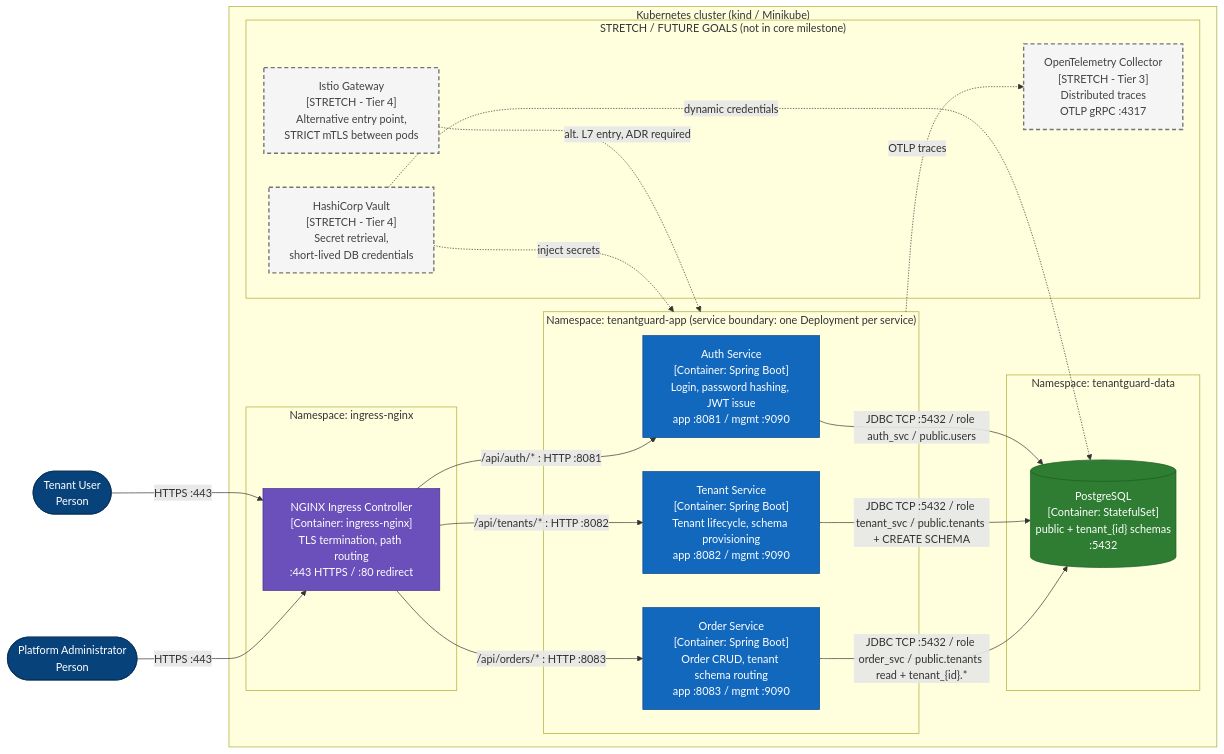
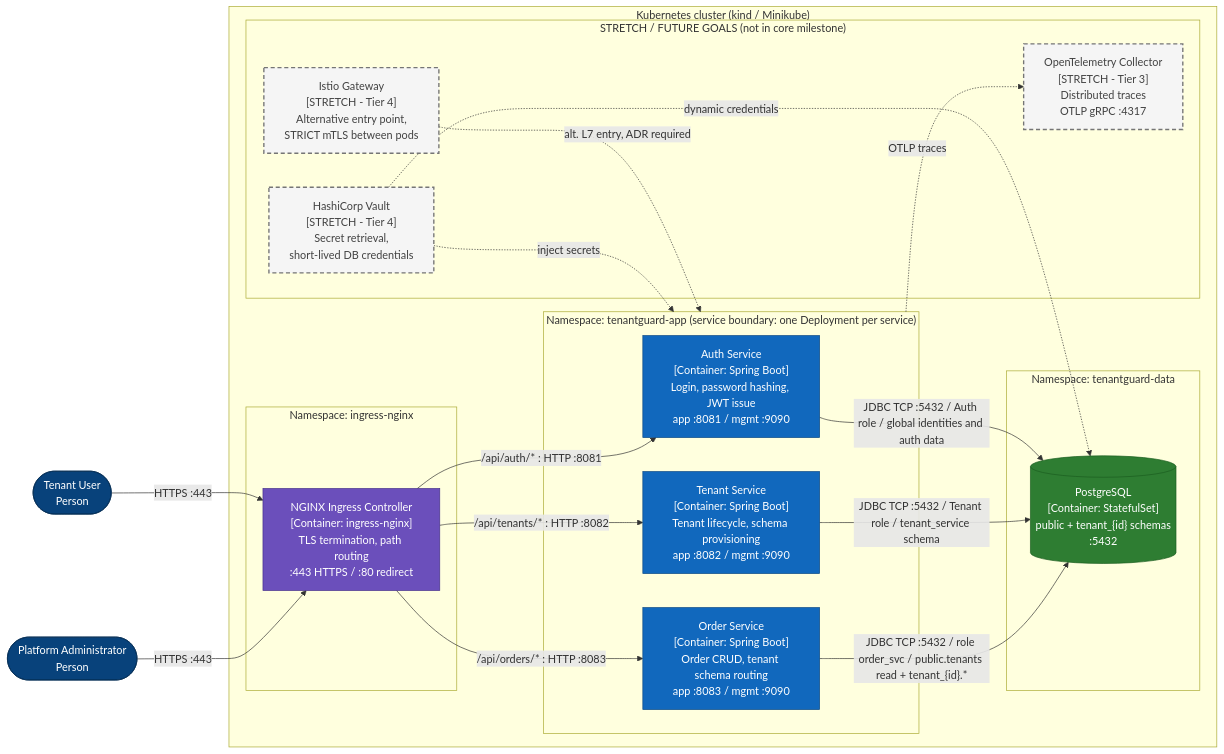
Before and after one commit to NguyenLeDaiPhi/Tenant-Guard: the second of 9 diagrams in docs/architecture/TenantGuard_OMS_Mermaid_Diagrams.md, drawn with Mermaid. The commit also changed other lines of this file and 146 other files, not shown here.

Commit message:
feature: Create tenant service and modify auth service.

````diff
--- a/docs/architecture/TenantGuard_OMS_Mermaid_Diagrams.md
+++ b/docs/architecture/TenantGuard_OMS_Mermaid_Diagrams.md
@@ -27,49 +29,49 @@
 ```mermaid
 flowchart LR
   classDef actor fill:#08427b,stroke:#052e56,color:#ffffff
   classDef edge fill:#6b4fbb,stroke:#45308a,color:#ffffff
   classDef svc fill:#1168bd,stroke:#0b4884,color:#ffffff
   classDef db fill:#2e7d32,stroke:#1b5e20,color:#ffffff
   classDef stretch fill:#f5f5f5,stroke:#757575,stroke-width:2px,stroke-dasharray:6 4,color:#424242
 
   TU(["Tenant User<br/>Person"]):::actor
   PA(["Platform Administrator<br/>Person"]):::actor
 
   subgraph K8S["Kubernetes cluster (kind / Minikube)"]
     subgraph NS_ING["Namespace: ingress-nginx"]
       NGINX["NGINX Ingress Controller<br/>[Container: ingress-nginx]<br/>TLS termination, path routing<br/>:443 HTTPS / :80 redirect"]:::edge
     end
 
     subgraph NS_APP["Namespace: tenantguard-app (service boundary: one Deployment per service)"]
       AUTH["Auth Service<br/>[Container: Spring Boot]<br/>Login, password hashing, JWT issue<br/>app :8081 / mgmt :9090"]:::svc
       TEN["Tenant Service<br/>[Container: Spring Boot]<br/>Tenant lifecycle, schema provisioning<br/>app :8082 / mgmt :9090"]:::svc
       ORD["Order Service<br/>[Container: Spring Boot]<br/>Order CRUD, tenant schema routing<br/>app :8083 / mgmt :9090"]:::svc
     end
 
     subgraph NS_DATA["Namespace: tenantguard-data"]
       PG[("PostgreSQL<br/>[Container: StatefulSet]<br/>public + tenant_{id} schemas<br/>:5432")]:::db
     end
 
     subgraph STRETCH["STRETCH / FUTURE GOALS (not in core milestone)"]
       ISTIO["Istio Gateway<br/>[STRETCH - Tier 4]<br/>Alternative entry point,<br/>STRICT mTLS between pods"]:::stretch
       VAULT["HashiCorp Vault<br/>[STRETCH - Tier 4]<br/>Secret retrieval,<br/>short-lived DB credentials"]:::stretch
       OTEL["OpenTelemetry Collector<br/>[STRETCH - Tier 3]<br/>Distributed traces<br/>OTLP gRPC :4317"]:::stretch
     end
   end
 
   TU -->|"HTTPS :443"| NGINX
   PA -->|"HTTPS :443"| NGINX
 
   NGINX -->|"/api/auth/* : HTTP :8081"| AUTH
   NGINX -->|"/api/tenants/* : HTTP :8082"| TEN
   NGINX -->|"/api/orders/* : HTTP :8083"| ORD
 
-  AUTH -->|"JDBC TCP :5432 / role auth_svc / public.users"| PG
-  TEN -->|"JDBC TCP :5432 / role tenant_svc / public.tenants + CREATE SCHEMA"| PG
+  AUTH -->|"JDBC TCP :5432 / Auth role / global identities and auth data"| PG
+  TEN -->|"JDBC TCP :5432 / Tenant role / tenant_service schema"| PG
   ORD -->|"JDBC TCP :5432 / role order_svc / public.tenants read + tenant_{id}.*"| PG
 
   ISTIO -.->|"alt. L7 entry, ADR required"| NS_APP
   VAULT -.->|"inject secrets"| NS_APP
   VAULT -.->|"dynamic credentials"| PG
   NS_APP -.->|"OTLP traces"| OTEL
 ```
````
